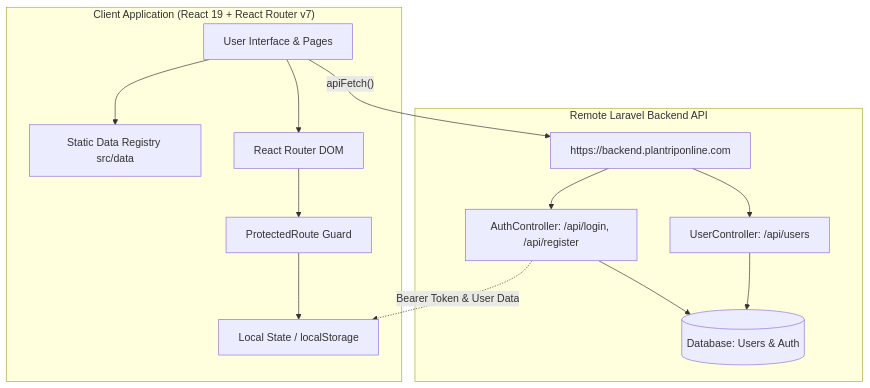
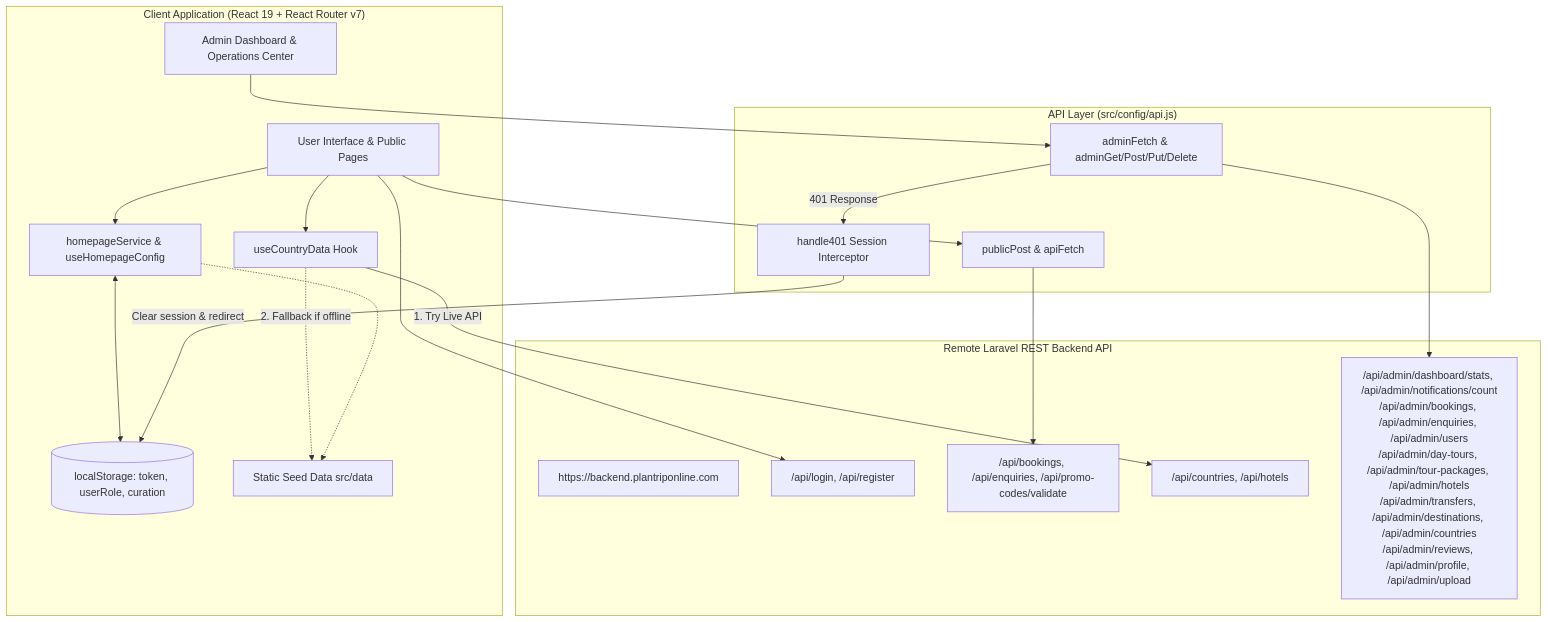
The first of 3 diagrams in PROJECT_CONTEXT.md (akhil-vj/PlanTripOnline-Frontend), drawn with Mermaid before and after one commit. The commit also changed other lines of this file and 1 other file, not shown here.

Commit message:
docs: add backend database gap analysis and update project context

````diff
--- a/PROJECT_CONTEXT.md
+++ b/PROJECT_CONTEXT.md
@@ -197,28 +182,41 @@
 ```mermaid
 flowchart TD
     subgraph Browser ["Client Application (React 19 + React Router v7)"]
-        UI[User Interface & Pages]
-        State[Local State / localStorage]
-        DataLayer[Static Data Registry src/data]
-        Guard[ProtectedRoute Guard]
-        Router[React Router DOM]
+        UI[User Interface & Public Pages]
+        AdminUI[Admin Dashboard & Operations Center]
+        CountryLoad[useCountryData Hook]
+        HomeService[homepageService & useHomepageConfig]
+        Storage[(localStorage: token, userRole, curation)]
+        StaticData[Static Seed Data src/data]
     end
 
-    subgraph Backend ["Remote Laravel Backend API"]
-        API[https://backend.plantriponline.com]
-        AuthCtrl[AuthController: /api/login, /api/register]
-        UserCtrl[UserController: /api/users]
-        DB[(Database: Users & Auth)]
+    subgraph APIClient ["API Layer (src/config/api.js)"]
+        PublicReq[publicPost & apiFetch]
+        AdminReq[adminFetch & adminGet/Post/Put/Delete]
+        Auth401[handle401 Session Interceptor]
     end
 
-    UI --> Router
-    Router --> Guard
-    Guard --> State
-    UI --> DataLayer
-    UI -- "apiFetch()" --> API
-    API --> AuthCtrl
-    API --> UserCtrl
-    AuthCtrl --> DB
-    UserCtrl --> DB
-    AuthCtrl -. "Bearer Token & User Data" .-> State
+    subgraph Backend ["Remote Laravel REST Backend API"]
+        BaseURL["https://backend.plantriponline.com"]
+        AuthEndpoints["/api/login, /api/register"]
+        PublicEndpoints["/api/bookings, /api/enquiries, /api/promo-codes/validate"]
+        CountryEndpoints["/api/countries, /api/hotels"]
+        AdminEndpoints["/api/admin/dashboard/stats, /api/admin/notifications/count<br>/api/admin/bookings, /api/admin/enquiries, /api/admin/users<br>/api/admin/day-tours, /api/admin/tour-packages, /api/admin/hotels<br>/api/admin/transfers, /api/admin/destinations, /api/admin/countries<br>/api/admin/reviews, /api/admin/profile, /api/admin/upload"]
+    end
+
+    UI --> CountryLoad
+    CountryLoad -->|1. Try Live API| CountryEndpoints
+    CountryLoad -.->|2. Fallback if offline| StaticData
+    UI --> HomeService
+    HomeService <--> Storage
+    HomeService -.-> StaticData
+    
+    UI --> PublicReq
+    PublicReq --> PublicEndpoints
+    UI --> AuthEndpoints
+
+    AdminUI --> AdminReq
+    AdminReq --> AdminEndpoints
+    AdminReq -->|401 Response| Auth401
+    Auth401 -->|Clear session & redirect| Storage
 ```
````
